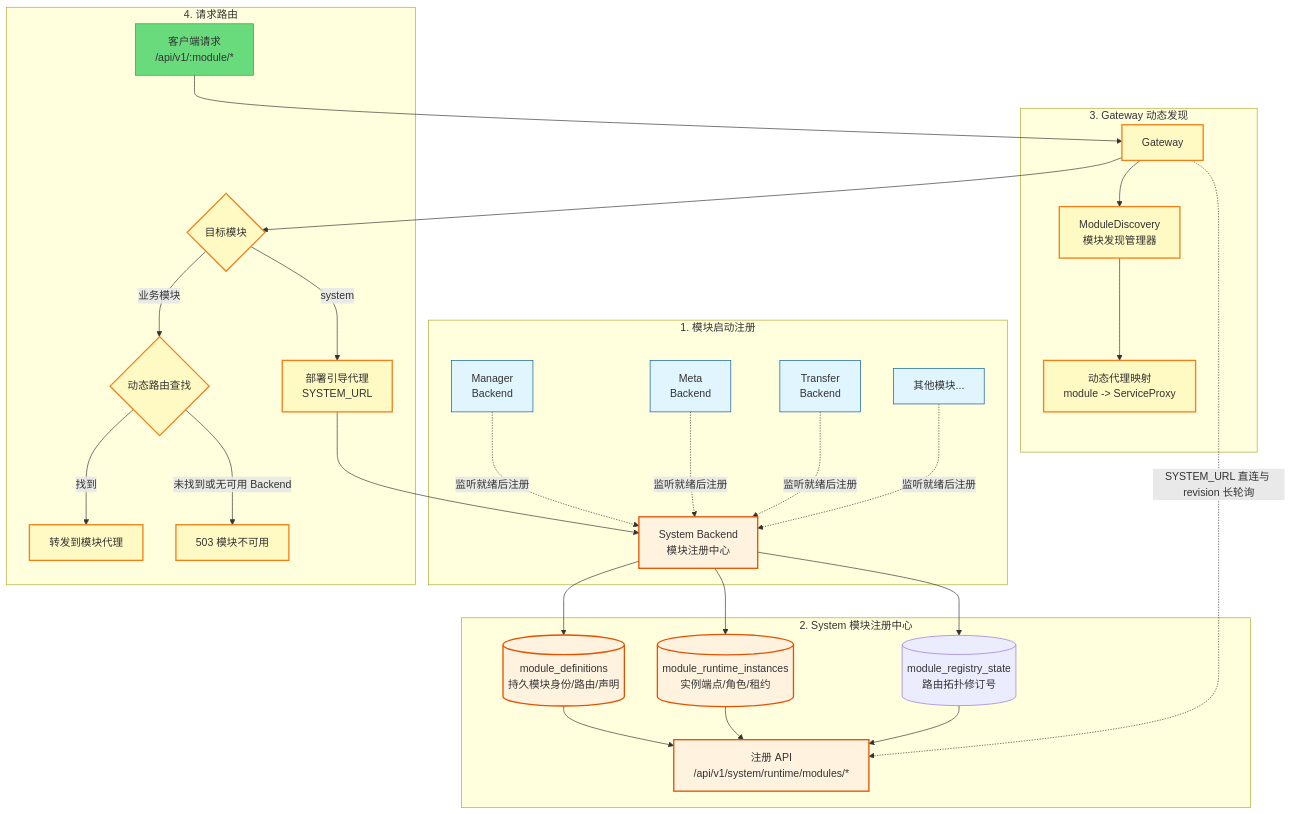
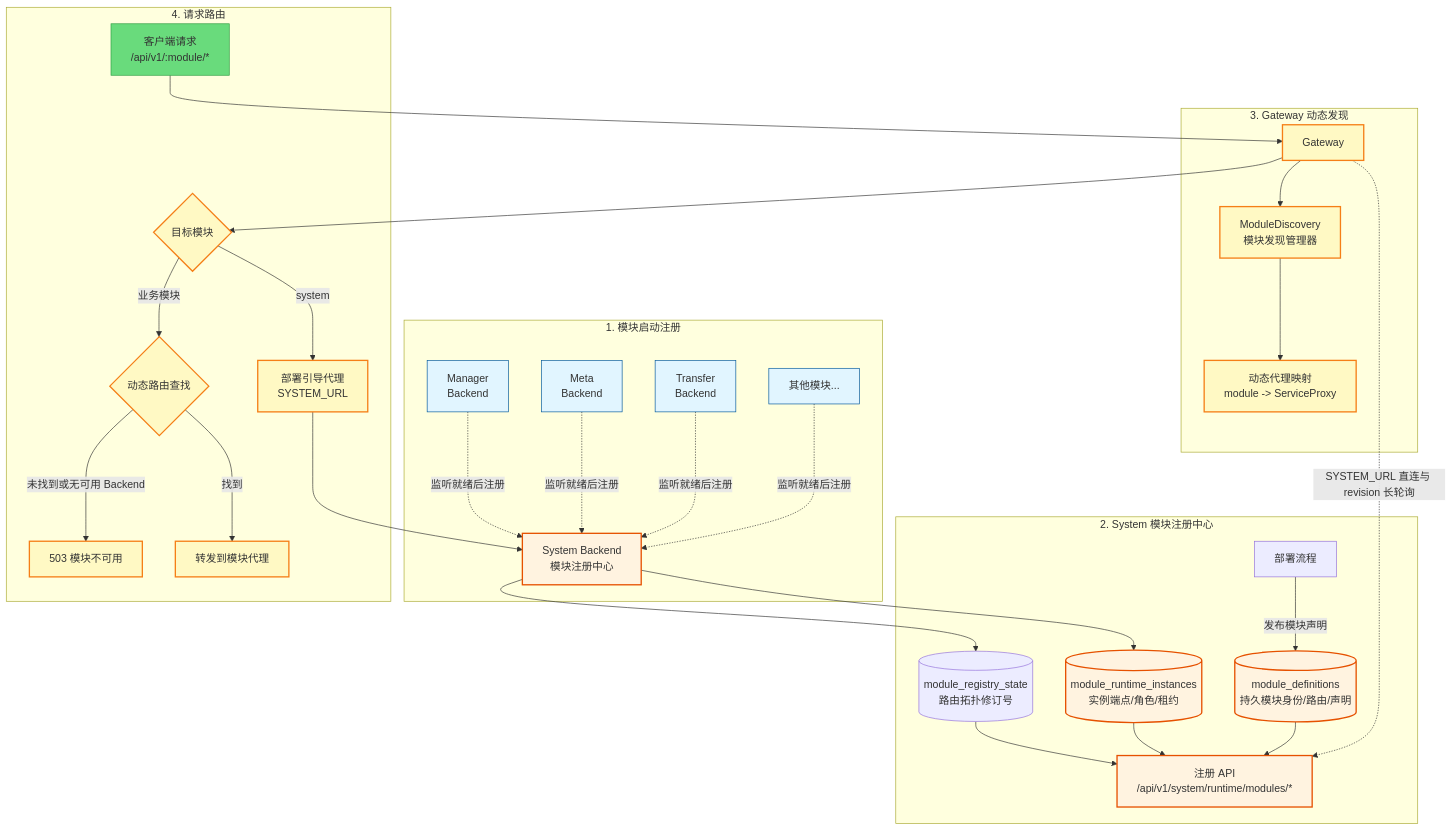
One commit to pampa0629/addp changed the first of 2 diagrams in docs/concepts/modules/Gateway注册与路由.md. Above: the diagram before and after it, drawn with Mermaid. The commit also changed other lines of this file and 161 other files, not shown here.

Commit message:
feat(registry): publish module declarations during deployment

````diff
--- a/docs/concepts/modules/Gateway注册与路由.md
+++ b/docs/concepts/modules/Gateway注册与路由.md
@@ -15,45 +15,45 @@
 ```mermaid
 graph TB
     subgraph "1. 模块启动注册"
         Manager[Manager<br/>Backend] -.监听就绪后注册.-> SystemReg[System Backend<br/>模块注册中心]
         Meta[Meta<br/>Backend] -.监听就绪后注册.-> SystemReg
         Transfer[Transfer<br/>Backend] -.监听就绪后注册.-> SystemReg
         Other[其他模块...] -.监听就绪后注册.-> SystemReg
     end
 
     subgraph "2. System 模块注册中心"
-        SystemReg --> DefinitionTable[(module_definitions<br/>持久模块身份/路由/声明)]
+        Deployment[部署流程] -->|发布模块声明| DefinitionTable[(module_definitions<br/>持久模块身份/路由/声明)]
         SystemReg --> InstanceTable[(module_runtime_instances<br/>实例端点/角色/租约)]
         SystemReg --> RevisionTable[(module_registry_state<br/>路由拓扑修订号)]
         DefinitionTable --> RegAPI[注册 API<br/>/api/v1/system/runtime/modules/*]
         InstanceTable --> RegAPI
         RevisionTable --> RegAPI
     end
 
     subgraph "3. Gateway 动态发现"
         Gateway[Gateway] -.SYSTEM_URL 直连与 revision 长轮询.-> RegAPI
         Gateway --> Discovery[ModuleDiscovery<br/>模块发现管理器]
         Discovery --> Proxies[动态代理映射<br/>module -> ServiceProxy]
     end
 
     subgraph "4. 请求路由"
         Client[客户端请求<br/>/api/v1/:module/*] --> Gateway
         Gateway --> RouteType{目标模块}
         RouteType -->|system| SystemProxy[部署引导代理<br/>SYSTEM_URL]
         SystemProxy --> SystemReg
         RouteType -->|业务模块| DynamicRoute{动态路由查找}
         DynamicRoute -->|找到| Forward[转发到模块代理]
         DynamicRoute -->|未找到或无可用 Backend| Unavailable[503 模块不可用]
     end
 
     classDef backend fill:#e1f5ff,stroke:#01579b
     classDef system fill:#fff3e0,stroke:#e65100,stroke-width:2px
     classDef gateway fill:#fff9c4,stroke:#f57f17,stroke-width:2px
     classDef client fill:#69db7c,stroke:#2f9e44
     classDef infra fill:#fce4ec,stroke:#880e4f
 
     class Manager,Meta,Transfer,Other backend
     class SystemReg,DefinitionTable,InstanceTable,RegAPI system
     class Gateway,Discovery,Proxies,RouteType,SystemProxy,DynamicRoute,Forward,Unavailable gateway
     class Client client
 ```
````
